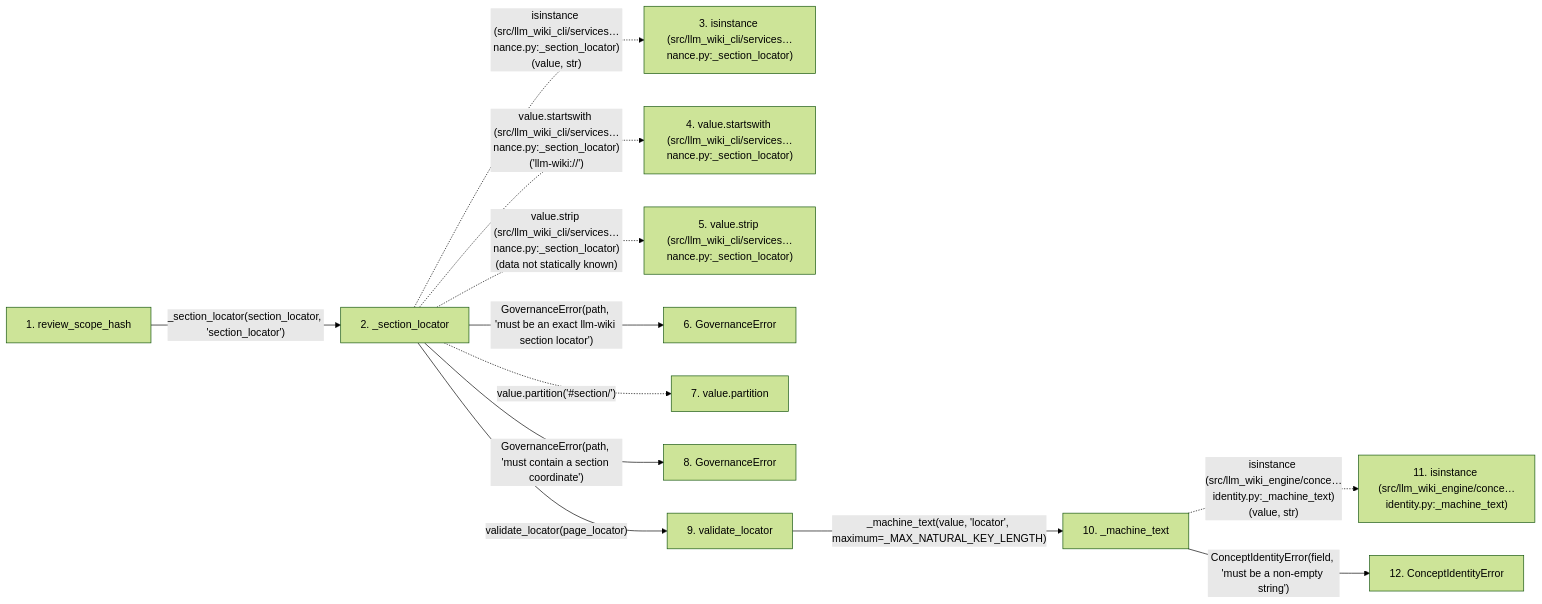
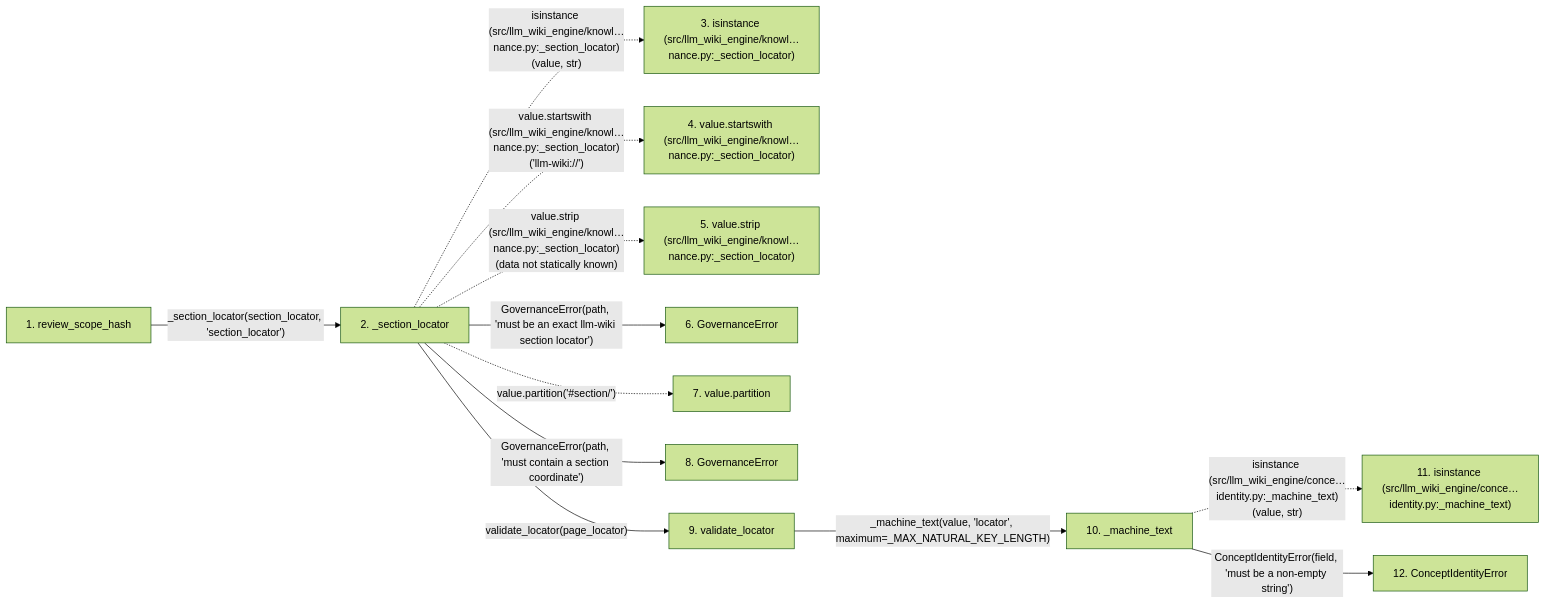
The second of 2 diagrams in docs/llm_wiki/flows/api-review_scope_hash.md (Denissvgn/python-wiki-llm), drawn with Mermaid (forest theme) before and after one commit. The commit also changed other lines of this file and 1058 other files, not shown here.

````diff
--- a/docs/llm_wiki/flows/api-review_scope_hash.md
+++ b/docs/llm_wiki/flows/api-review_scope_hash.md
@@ -137,33 +137,33 @@
 ```mermaid
 flowchart LR
     s1["1. review_scope_hash"]
     s2["2. _section_locator"]
-    s3["3. isinstance (src/llm_wiki_cli/services…nance.py:_section_locator)"]
-    s4["4. value.startswith (src/llm_wiki_cli/services…nance.py:_section_locator)"]
-    s5["5. value.strip (src/llm_wiki_cli/services…nance.py:_section_locator)"]
+    s3["3. isinstance (src/llm_wiki_engine/knowl…nance.py:_section_locator)"]
+    s4["4. value.startswith (src/llm_wiki_engine/knowl…nance.py:_section_locator)"]
+    s5["5. value.strip (src/llm_wiki_engine/knowl…nance.py:_section_locator)"]
     s6["6. GovernanceError"]
     s7["7. value.partition"]
     s8["8. GovernanceError"]
     s9["9. validate_locator"]
     s10["10. _machine_text"]
     s11["11. isinstance (src/llm_wiki_engine/conce…identity.py:_machine_text)"]
     s12["12. ConceptIdentityError"]
     s1 -->|"_section_locator(section_locator, 'section_locator')"| s2
-    s2 -. "isinstance (src/llm_wiki_cli/services…nance.py:_section_locator)(value, str)" .-> s3
-    s2 -. "value.startswith (src/llm_wiki_cli/services…nance.py:_section_locator)('llm-wiki://')" .-> s4
-    s2 -. "value.strip (src/llm_wiki_cli/services…nance.py:_section_locator)(data not statically known)" .-> s5
+    s2 -. "isinstance (src/llm_wiki_engine/knowl…nance.py:_section_locator)(value, str)" .-> s3
+    s2 -. "value.startswith (src/llm_wiki_engine/knowl…nance.py:_section_locator)('llm-wiki://')" .-> s4
+    s2 -. "value.strip (src/llm_wiki_engine/knowl…nance.py:_section_locator)(data not statically known)" .-> s5
     s2 -->|"GovernanceError(path, 'must be an exact llm-wiki section locator')"| s6
     s2 -. "value.partition('#35;section/')" .-> s7
     s2 -->|"GovernanceError(path, 'must contain a section coordinate')"| s8
     s2 -->|"validate_locator(page_locator)"| s9
     s9 -->|"_machine_text(value, 'locator', maximum=_MAX_NATURAL_KEY_LENGTH)"| s10
     s10 -. "isinstance (src/llm_wiki_engine/conce…identity.py:_machine_text)(value, str)" .-> s11
     s10 -->|"ConceptIdentityError(field, 'must be a non-empty string')"| s12
     click s1 "../modules/knowledge_governance.md"
     click s2 "../modules/knowledge_governance.md"
     click s6 "../modules/knowledge_governance.md"
     click s8 "../modules/knowledge_governance.md"
     click s9 "../modules/concept_identity.md"
     click s10 "../modules/concept_identity.md"
     click s12 "../modules/concept_identity.md"
 ```
````
